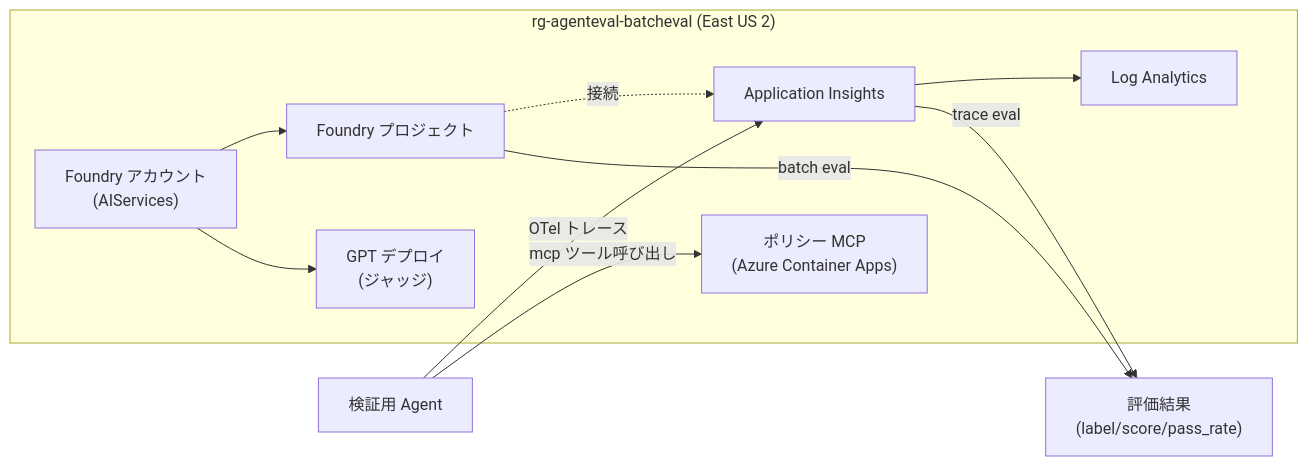
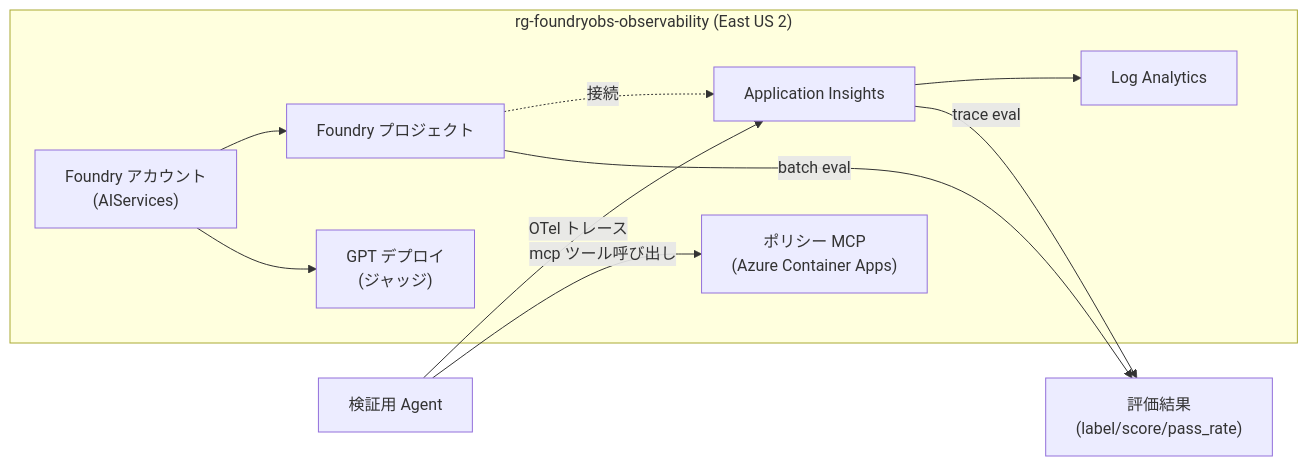
Before and after one commit to ketana0224/Agent-EVL: the diagram in README.md, drawn with Mermaid. The commit also changed other lines of this file and 13 other files, not shown here.

````diff
--- a/README.md
+++ b/README.md
@@ -78,19 +77,19 @@
 ```mermaid
 flowchart LR
-    subgraph RG["rg-agenteval-batcheval (East US 2)"]
+    subgraph RG["rg-foundryobs-observability (East US 2)"]
         FA["Foundry アカウント<br/>(AIServices)"]
         PJ["Foundry プロジェクト"]
         MD["GPT デプロイ<br/>(ジャッジ)"]
         AI["Application Insights"]
         LA["Log Analytics"]
         MCP["ポリシー MCP<br/>(Azure Container Apps)"]
         FA --> PJ
         FA --> MD
         PJ -. 接続 .-> AI
         AI --> LA
     end
     AG["検証用 Agent"] -- OTel トレース --> AI
     AG -- mcp ツール呼び出し --> MCP
     PJ -- batch eval --> RES["評価結果<br/>(label/score/pass_rate)"]
     AI -- trace eval --> RES
 ```
````
